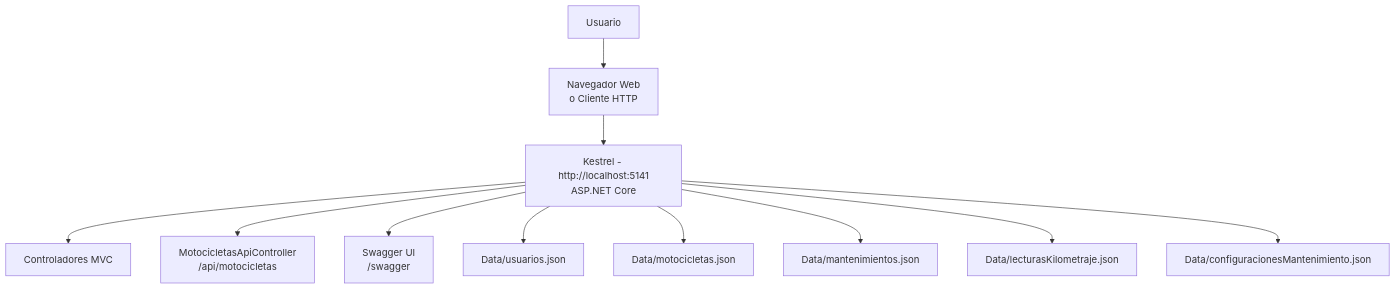
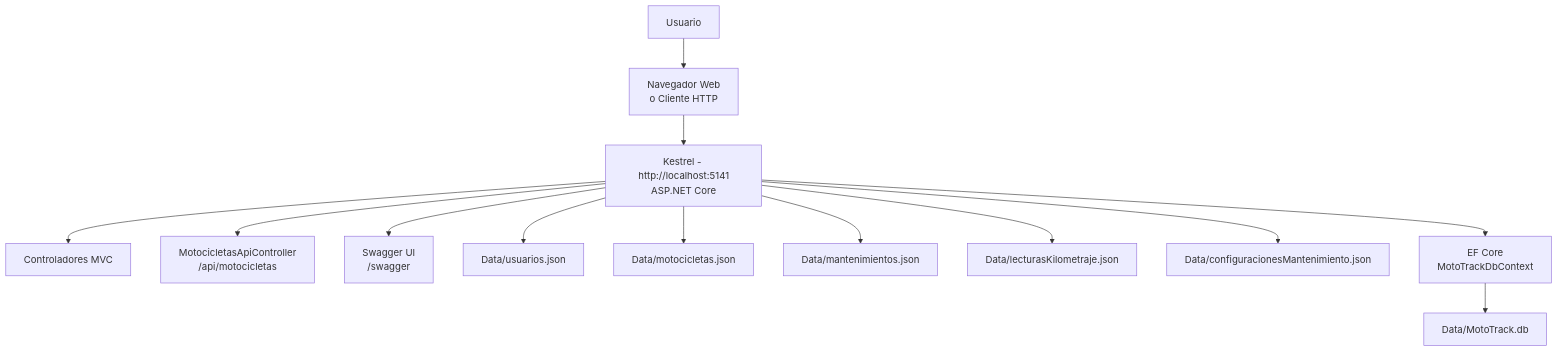
One commit to Dave2826/ArqSoft-S01-DavidMorales changed the diagram in docs/diagramas/vista-despliegue.md. Above: the diagram before and after it, drawn with Mermaid. The commit also changed other lines of this file and 6 other files, not shown here.

Commit message:
docs(architecture): update documentation for ef core migration

````diff
--- a/docs/diagramas/vista-despliegue.md
+++ b/docs/diagramas/vista-despliegue.md
@@ -7,19 +7,23 @@
 ```mermaid
 flowchart TD
 
     U[Usuario]
 
     U --> B[Navegador Web<br/>o Cliente HTTP]
 
     B --> S[Kestrel - http://localhost:5141<br/>ASP.NET Core]
 
     S --> M1[Controladores MVC]
     S --> M2[MotocicletasApiController<br/>/api/motocicletas]
     S --> M3[Swagger UI<br/>/swagger]
 
     S --> J1[Data/usuarios.json]
     S --> J2[Data/motocicletas.json]
     S --> J3[Data/mantenimientos.json]
     S --> J4[Data/lecturasKilometraje.json]
     S --> J5[Data/configuracionesMantenimiento.json]
+
+    S --> E[EF Core<br/>MotoTrackDbContext]
+
+    E --> S1[Data/MotoTrack.db]
 ```
````
